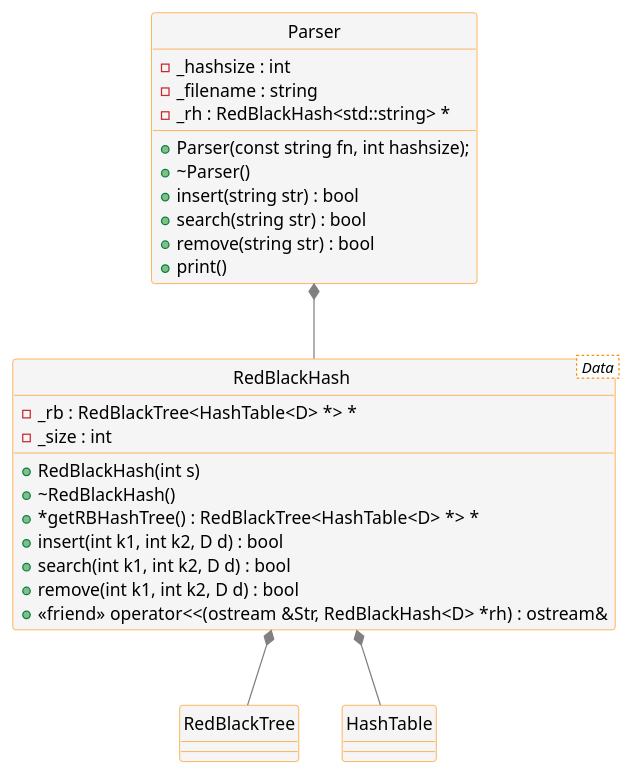
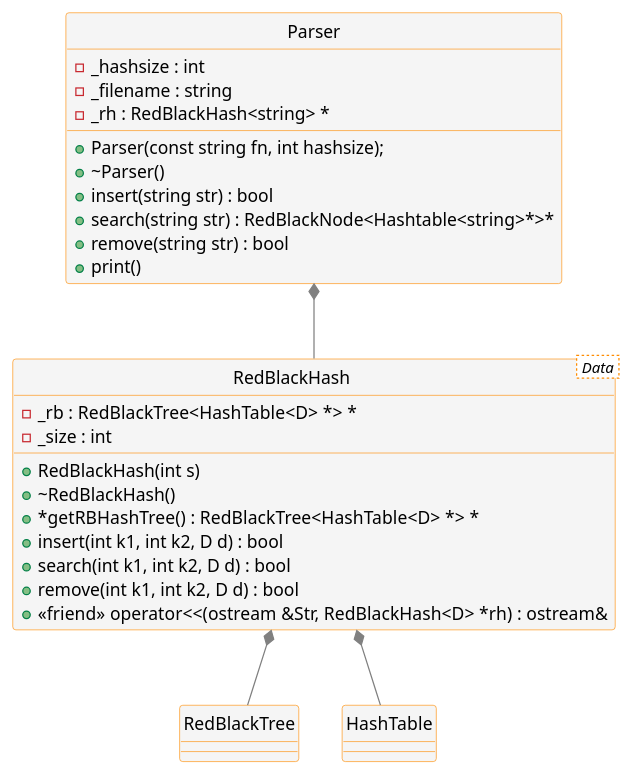
One commit to vFones/rbhash-galacticgraph changed the diagram in rbhash/UML/rbhash.puml. Above: the diagram before and after it, drawn with PlantUML. The commit also changed 2 other files, not shown here.

```diff
--- a/rbhash/UML/rbhash.puml
+++ b/rbhash/UML/rbhash.puml
@@ -1,39 +1,39 @@
 @startuml rbhash.puml
 
 skinparam class {
 	BackgroundColor WhiteSmoke
 	ArrowColor Grey
 	BorderColor DarkOrange
 }
 hide class circle
 
 class RedBlackHash < Data > {
   {field} - _rb : RedBlackTree<HashTable<D> *> *
   {field} - _size : int
 
   + RedBlackHash(int s)
   + ~RedBlackHash()
   + *getRBHashTree() : RedBlackTree<HashTable<D> *> *
   + insert(int k1, int k2, D d) : bool
   + search(int k1, int k2, D d) : bool
   + remove(int k1, int k2, D d) : bool
   + <<friend>> operator<<(ostream &Str, RedBlackHash<D> *rh) : ostream&
 }
 
 class Parser {
   {field} - _hashsize : int 
   {field} - _filename : string
-  {field} - _rh : RedBlackHash<std::string> *
+  {field} - _rh : RedBlackHash<string> *
   + Parser(const string fn, int hashsize);
   + ~Parser()
   + insert(string str) : bool
-  + search(string str) : bool
+  + search(string str) : RedBlackNode<Hashtable<string>*>*
   + remove(string str) : bool
   + print()
 }
 
 RedBlackHash *-- RedBlackTree
 RedBlackHash *-- HashTable
 Parser *-- RedBlackHash
 
 @enduml
```
